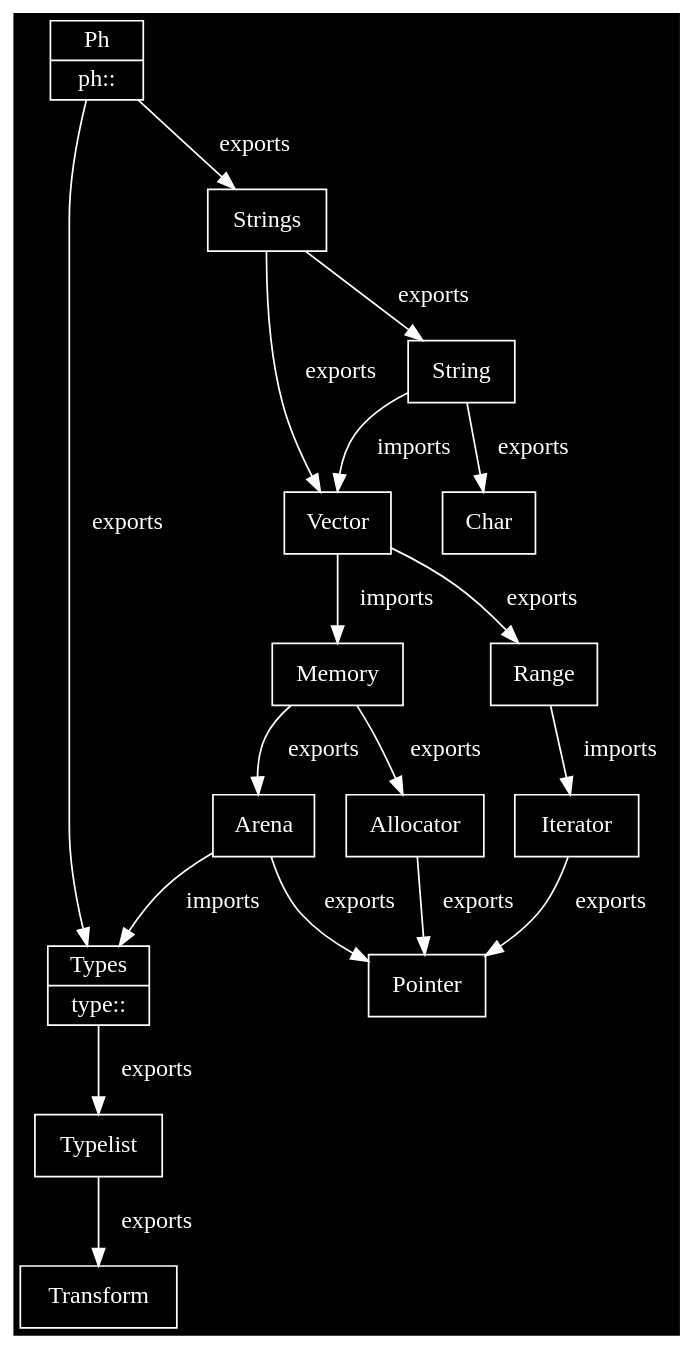
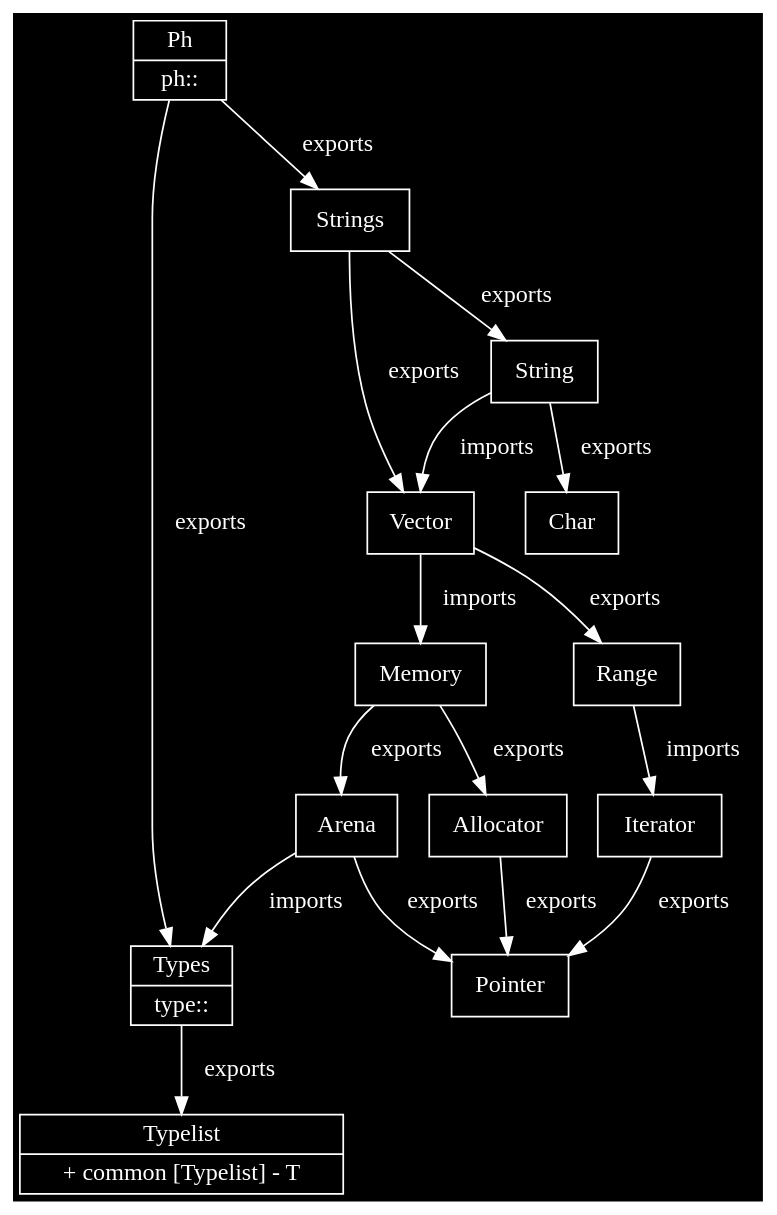
The second of 10 diagrams in README.md (phiwen96/ph), drawn with Graphviz before and after one commit. The commit also changed 5 other files, not shown here.

````diff
--- a/README.md
+++ b/README.md
@@ -93,50 +93,49 @@
 ```graphviz
 digraph structs 
 {
 	compound=true;
 	graph [bgcolor=black fontcolor=white color=white];
 	node [fillcolor=black style=filled color=white fontcolor=white];
 	edge [color=white fontcolor=white];
 
 	Ph [shape = record, label = "{Ph| {ph::}}"]
 	Types [shape = record, label = "{Types| {type::}}"]
 	Memory [shape = record, label = "{Memory}"]
 	Allocator [shape = record, label = "{Allocator}"]
 	Arena [shape = record, label = "{Arena}"]
 
 	String [shape = record, label = "{String}"]
 
 	Strings [shape = record, label = "{Strings}"]
 
 	Vector [shape = record, label = "{Vector}"]
 
 	Range [shape = record, label = "{Range}"]
 
 	Char [shape = record, label = "{Char}"]
 
 	Iterator [shape = record, label = "{Iterator}"]
 	Pointer [shape = record, label = "{Pointer}"]
-	Transform [shape = record, label = "{Transform}"]
-	Typelist [shape = record, label = "{Typelist}"]
+	Typelist [shape = record, label = "{Typelist | {+ common [Typelist] - T}}"]
 
 
 
 	"Memory" -> "Arena" [shape = record, label = "  exports"]
 	"Arena" -> "Types" [shape = record, label = "  imports"]
 	"Memory" -> "Allocator" [shape = record, label = "  exports"]
 	"Arena" -> "Pointer" [shape = record, label = "  exports"]
 	"Iterator" -> "Pointer" [shape = record, label = "  exports"]
 	"Allocator" -> "Pointer" [shape = record, label = "  exports"]
 	"Range" -> "Iterator" [shape = record, label = "  imports"]
 	"Strings" -> "String" [shape = record, label = "  exports"]
 	"Vector" -> "Range" [shape = record, label = "  exports"]
 	"Vector" -> "Memory" [shape = record, label = "  imports"]
 	"String" -> Char [label = "  exports"]
 	"String" -> "Vector" [label = "  imports"]
 	"Strings" -> "Vector" [label = "  exports"]
 	"Ph" -> "Strings" [label = "  exports"]
-	"Typelist" -> "Transform" [label = "  exports"]
+
 	"Types" -> "Typelist" [label = "  exports"]
 	"Ph" -> "Types" [label = "  exports"]
 }
 ```
````
